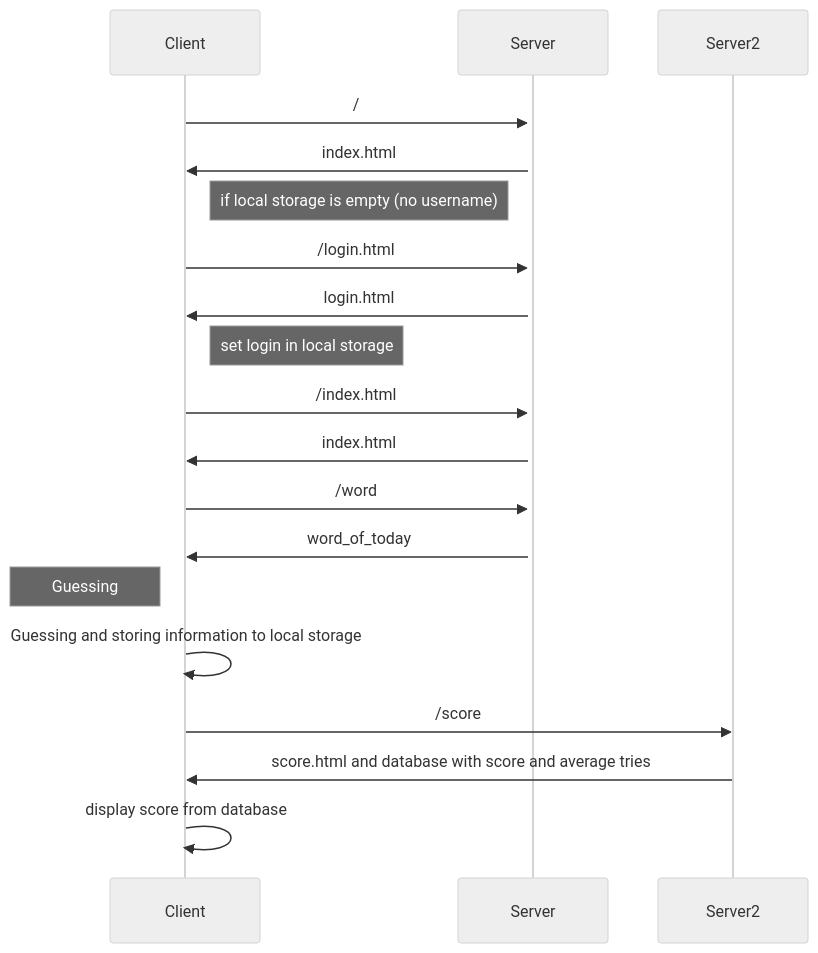
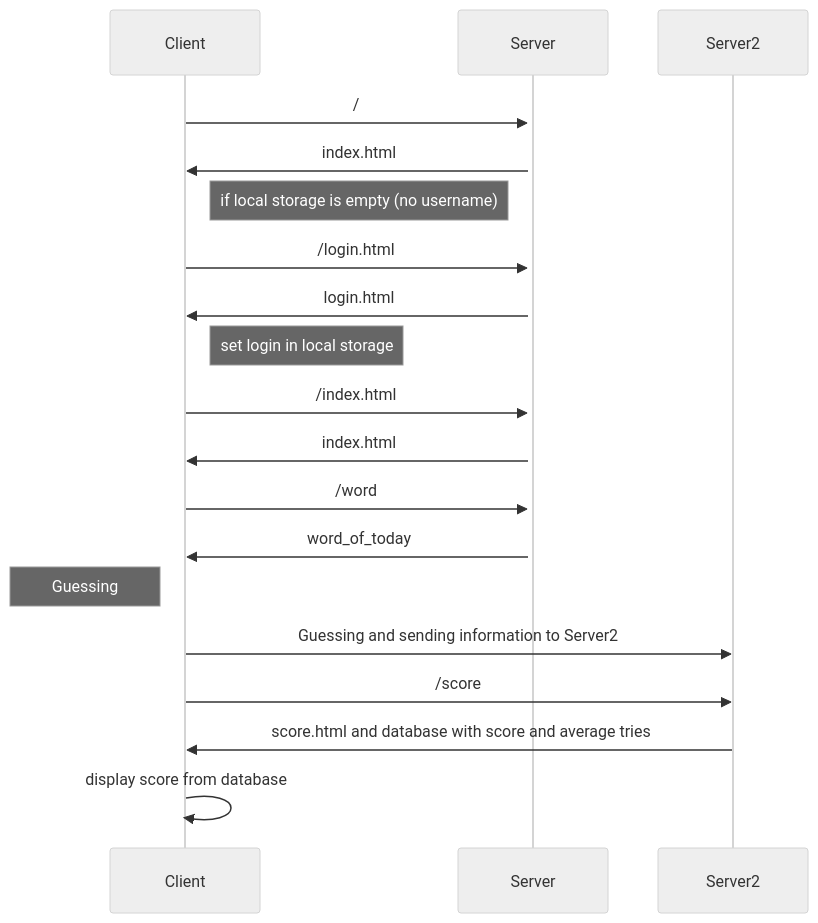
Before and after one commit to VictoriaWieca/motus_Zaafira_Victoria: the diagram in README.md, drawn with Mermaid (neutral theme).

````diff
--- a/README.md
+++ b/README.md
@@ -24,18 +24,18 @@
 ```mermaid
 sequenceDiagram
     Client->>+Server: /
     Server->>Client: index.html
     note right of Client : if local storage is empty (no username)
     Client->>Server: /login.html
     Server->>Client: login.html
     note right of Client : set login in local storage
     Client->>Server: /index.html
     Server->>Client: index.html
     Client->>Server: /word
     Server->>Client: word_of_today
     note left of Client: Guessing
-    Client->>Client:Guessing and storing information to local storage
+    Client->>Server2: Guessing and sending information to Server2
     Client->>Server2: /score
     Server2->>Client: score.html and database with score and average tries
     Client->>Client: display score from database
 ```
````
